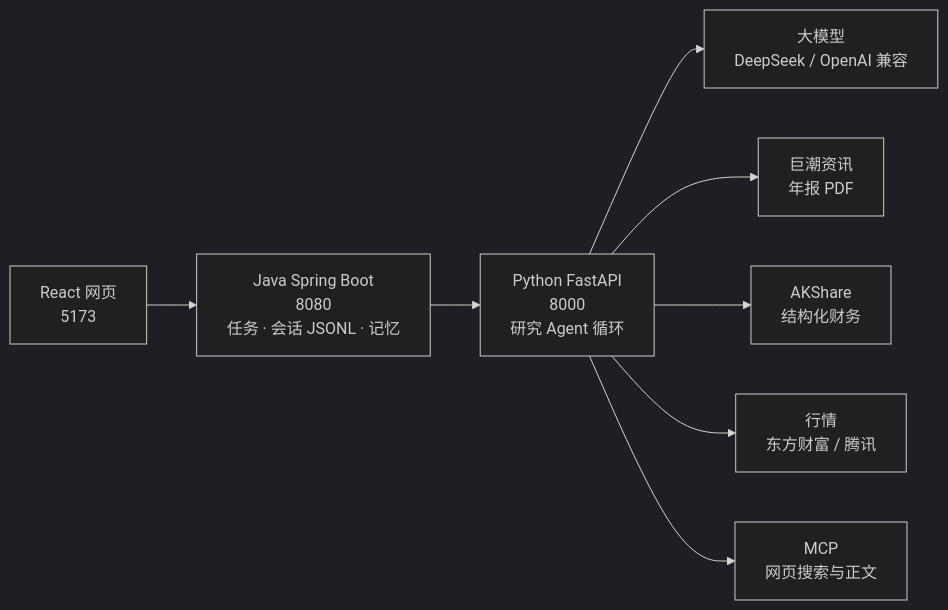
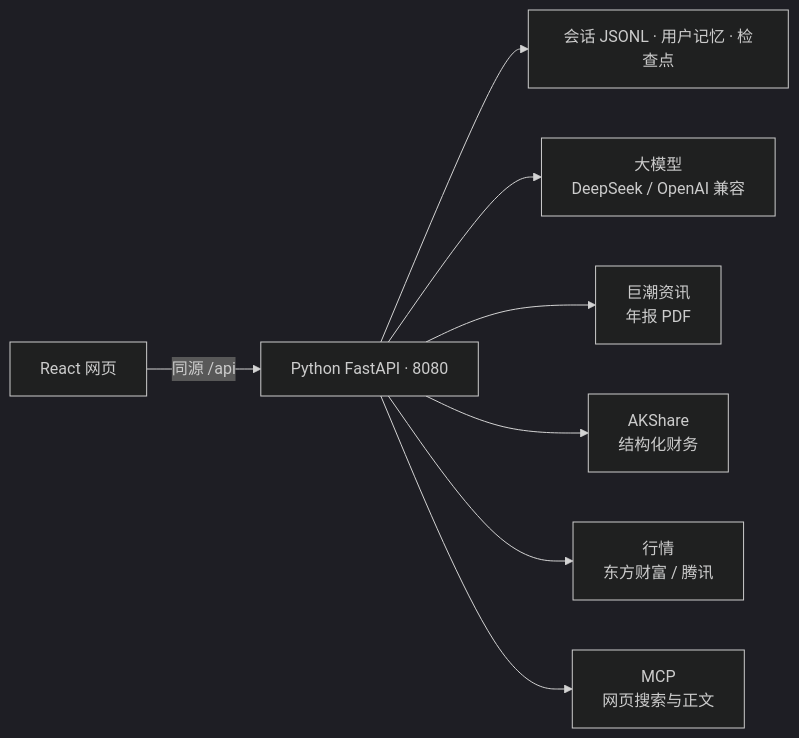
The diagram in README.md (remedyx-lyt/path-of-market), drawn with Mermaid (dark theme) before and after one commit. The commit also changed other lines of this file and 81 other files, not shown here.

Commit message:
feat: consolidate the backend into a single FastAPI service

````diff
--- a/README.md
+++ b/README.md
@@ -112,10 +112,10 @@
 ```mermaid
 flowchart LR
-  W[React 网页<br/>5173] --> J[Java Spring Boot<br/>8080<br/>任务 · 会话 JSONL · 记忆]
-  J --> P[Python FastAPI<br/>8000<br/>研究 Agent 循环]
+  W[React 网页] -->|同源 /api| P[Python FastAPI · 8080]
+  P --> S[会话 JSONL · 用户记忆 · 检查点]
   P --> M[大模型<br/>DeepSeek / OpenAI 兼容]
   P --> T1[巨潮资讯<br/>年报 PDF]
   P --> T2[AKShare<br/>结构化财务]
   P --> T3[行情<br/>东方财富 / 腾讯]
   P --> T4[MCP<br/>网页搜索与正文]
 ```
````
